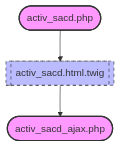
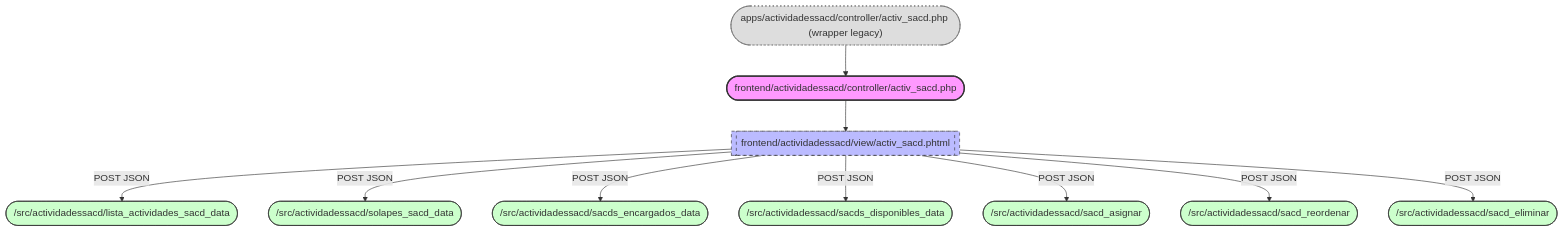
One commit to olvidio/orbix changed the diagram in documentacion/Documentacion_Obix/actividadessacd/mapa_activ_sacd.md. Above: the diagram before and after it, drawn with Mermaid. The commit also changed 106 other files, not shown here.

````diff
--- a/documentacion/Documentacion_Obix/actividadessacd/mapa_activ_sacd.md
+++ b/documentacion/Documentacion_Obix/actividadessacd/mapa_activ_sacd.md
@@ -1,11 +1,20 @@
 ```mermaid
 flowchart TD
     %% Estils de nodes
     classDef controller fill:#f9f,stroke:#333,stroke-width:2px;
     classDef vista fill:#bbf,stroke:#333,stroke-width:1px,stroke-dasharray: 5 5;
-    classDef error fill:#ff9999,stroke:#cc0000,stroke-width:2px;
+    classDef backend fill:#cfc,stroke:#333,stroke-width:1px;
+    classDef legacy fill:#ddd,stroke:#666,stroke-width:1px,stroke-dasharray: 2 4;
 
-    apps_actividadessacd_controller_activ_sacd_php(["activ_sacd.php"]):::controller --> apps_actividadessacd_view_activ_sacd_html_twig[["activ_sacd.html.twig"]]:::vista
-    apps_actividadessacd_view_activ_sacd_html_twig --> apps_actividadessacd_controller_activ_sacd_ajax_php(["activ_sacd_ajax.php"]):::controller
-    %% DESTÍ NO RESOLT des de apps_actividadessacd_view_activ_sacd_html_twig: {{ oHash }} [DESTÍ NO RESOLT]
+    frontend_actividadessacd_controller_activ_sacd_php(["frontend/actividadessacd/controller/activ_sacd.php"]):::controller --> frontend_actividadessacd_view_activ_sacd_phtml[["frontend/actividadessacd/view/activ_sacd.phtml"]]:::vista
+
+    frontend_actividadessacd_view_activ_sacd_phtml -- POST JSON --> src_lista_actividades_sacd_data(["/src/actividadessacd/lista_actividades_sacd_data"]):::backend
+    frontend_actividadessacd_view_activ_sacd_phtml -- POST JSON --> src_solapes_sacd_data(["/src/actividadessacd/solapes_sacd_data"]):::backend
+    frontend_actividadessacd_view_activ_sacd_phtml -- POST JSON --> src_sacds_encargados_data(["/src/actividadessacd/sacds_encargados_data"]):::backend
+    frontend_actividadessacd_view_activ_sacd_phtml -- POST JSON --> src_sacds_disponibles_data(["/src/actividadessacd/sacds_disponibles_data"]):::backend
+    frontend_actividadessacd_view_activ_sacd_phtml -- POST JSON --> src_sacd_asignar(["/src/actividadessacd/sacd_asignar"]):::backend
+    frontend_actividadessacd_view_activ_sacd_phtml -- POST JSON --> src_sacd_reordenar(["/src/actividadessacd/sacd_reordenar"]):::backend
+    frontend_actividadessacd_view_activ_sacd_phtml -- POST JSON --> src_sacd_eliminar(["/src/actividadessacd/sacd_eliminar"]):::backend
+
+    apps_actividadessacd_controller_activ_sacd_php(["apps/actividadessacd/controller/activ_sacd.php (wrapper legacy)"]):::legacy --> frontend_actividadessacd_controller_activ_sacd_php
 ```
````
